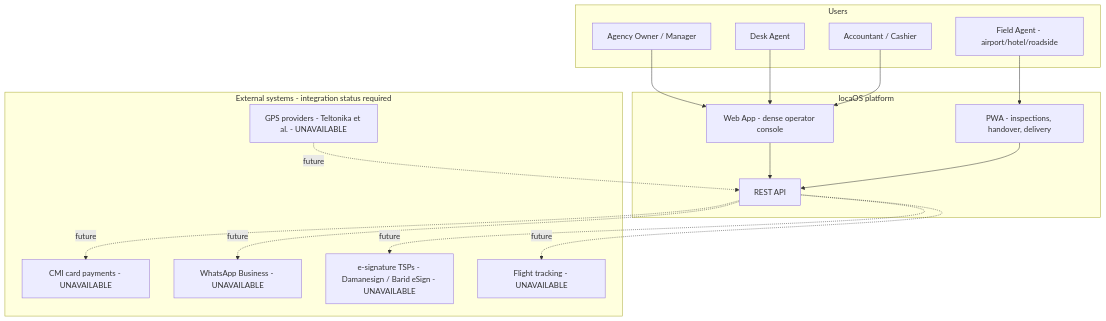
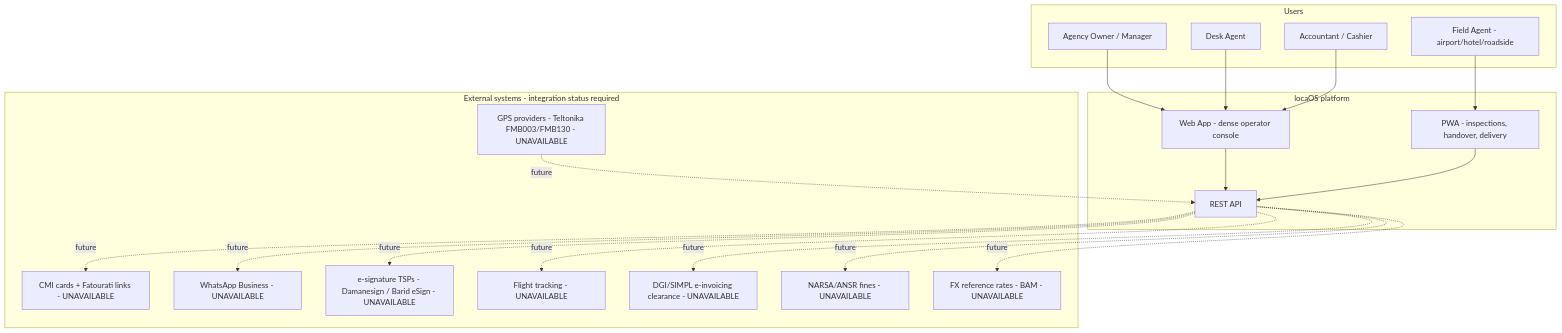
The diagram in docs/architecture/proposed-architecture.md (omaryazghi98-code/locaOS), drawn with Mermaid before and after one commit. The commit also changed other lines of this file and 16 other files, not shown here.

First line of the commit message:
docs: research reconciliation — Phase 0 architecture reconciled with research document

````diff
--- a/docs/architecture/proposed-architecture.md
+++ b/docs/architecture/proposed-architecture.md
@@ -25,28 +25,31 @@
 ```mermaid
 flowchart TB
     subgraph Users
         Owner[Agency Owner / Manager]
         Desk[Desk Agent]
         Field[Field Agent - airport/hotel/roadside]
         Accountant[Accountant / Cashier]
     end
 
     subgraph locaOS["locaOS platform"]
         Web[Web App - dense operator console]
         Mobile[PWA - inspections, handover, delivery]
         API[REST API]
     end
 
     subgraph Future["External systems - integration status required"]
-        GPS[GPS providers - Teltonika et al. - UNAVAILABLE]
-        CMI[CMI card payments - UNAVAILABLE]
+        GPS[GPS providers - Teltonika FMB003/FMB130 - UNAVAILABLE]
+        CMI[CMI cards + Fatourati links - UNAVAILABLE]
         WA[WhatsApp Business - UNAVAILABLE]
         ESIGN[e-signature TSPs - Damanesign / Barid eSign - UNAVAILABLE]
         FLIGHT[Flight tracking - UNAVAILABLE]
+        DGI[DGI/SIMPL e-invoicing clearance - UNAVAILABLE]
+        NARSA[NARSA/ANSR fines - UNAVAILABLE]
+        FX[FX reference rates - BAM - UNAVAILABLE]
     end
 
     Owner & Desk & Accountant --> Web --> API
     Field --> Mobile --> API
     GPS -.future.-> API
-    API -.future.-> CMI & WA & ESIGN & FLIGHT
+    API -.future.-> CMI & WA & ESIGN & FLIGHT & DGI & NARSA & FX
 ```
````
